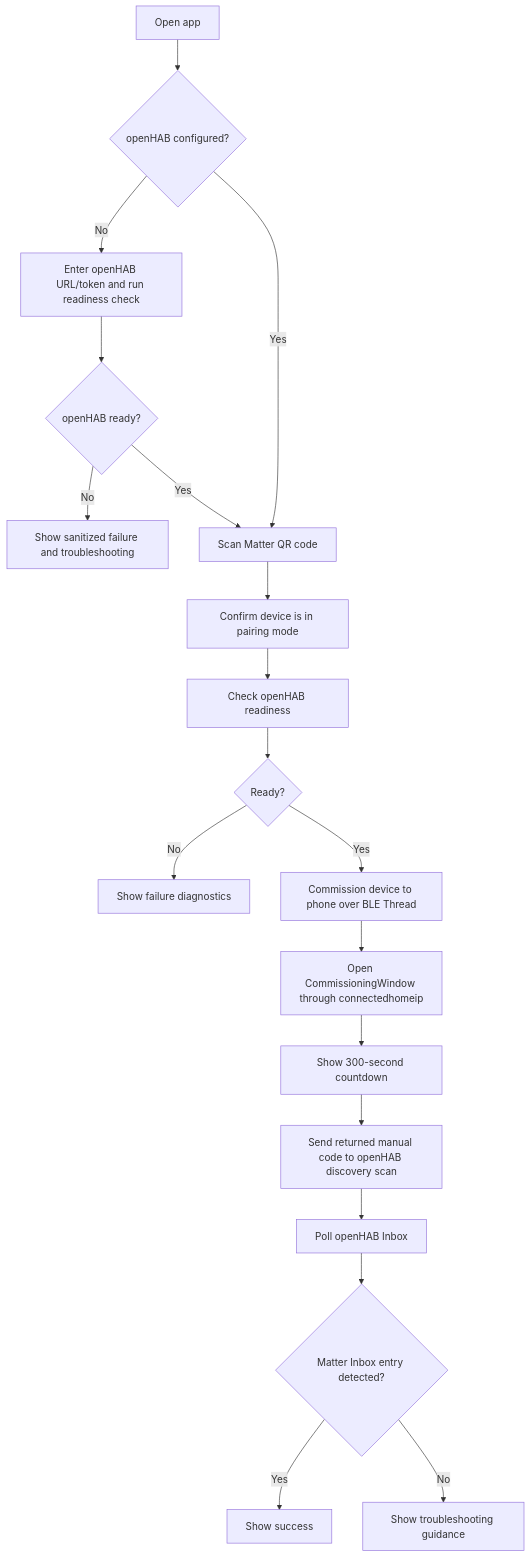
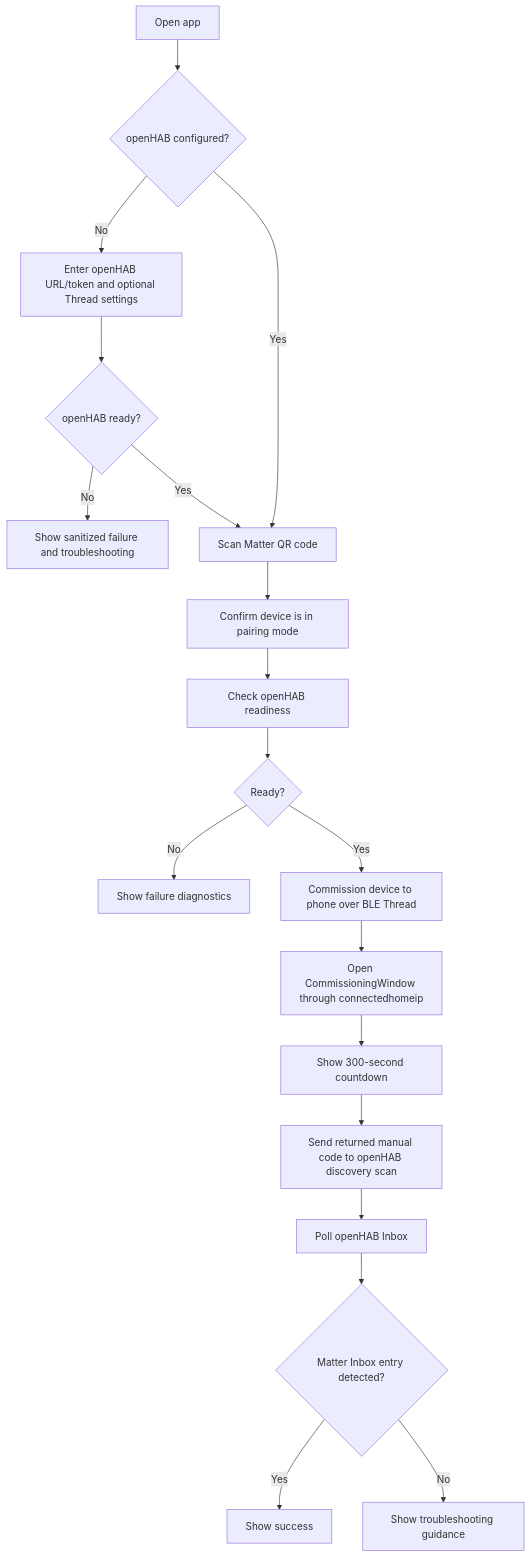
The first of 6 diagrams in docs/open-commissioning-window-workflow.md (reyhard/openhab-android-matter), drawn with Mermaid before and after one commit. The commit also changed other lines of this file and 11 other files, not shown here.

Commit message:
Add Thread network settings to Compose setup

````diff
--- a/docs/open-commissioning-window-workflow.md
+++ b/docs/open-commissioning-window-workflow.md
@@ -24,21 +26,21 @@
 ```mermaid
 flowchart TD
     A[Open app] --> B{openHAB configured?}
-    B -- No --> B1[Enter openHAB URL/token and run readiness check]
+    B -- No --> B1[Enter openHAB URL/token and optional Thread settings]
     B1 --> B2{openHAB ready?}
     B2 -- No --> B3[Show sanitized failure and troubleshooting]
     B2 -- Yes --> C[Scan Matter QR code]
     B -- Yes --> C
     C --> D[Confirm device is in pairing mode]
     D --> E[Check openHAB readiness]
     E --> F{Ready?}
     F -- No --> F1[Show failure diagnostics]
     F -- Yes --> G[Commission device to phone over BLE Thread]
     G --> H[Open CommissioningWindow through connectedhomeip]
     H --> I[Show 300-second countdown]
     I --> J[Send returned manual code to openHAB discovery scan]
     J --> K[Poll openHAB Inbox]
     K --> L{Matter Inbox entry detected?}
     L -- Yes --> M[Show success]
     L -- No --> N[Show troubleshooting guidance]
 ```
````
